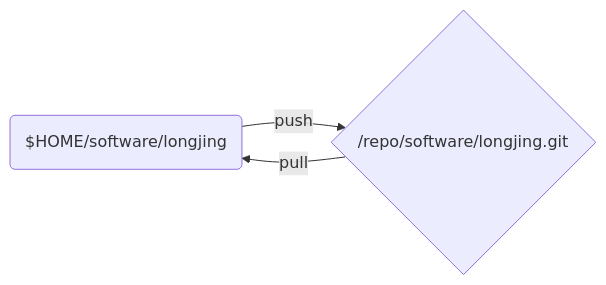
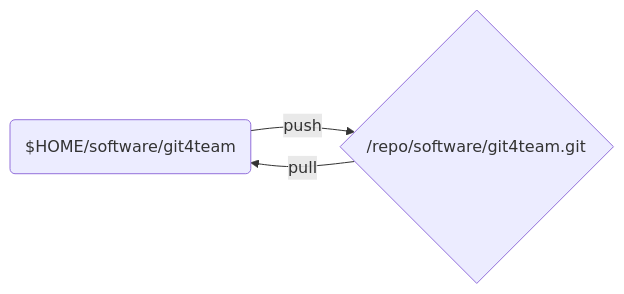
Before and after one commit to vortune/vortune.github.io: the diagram in tips/git_tips/small_collaboration_with_git.md, drawn with Mermaid. The commit also changed other lines of this file, not shown here.

Commit message:
initializing git4team

````diff
--- a/tips/git_tips/small_collaboration_with_git.md
+++ b/tips/git_tips/small_collaboration_with_git.md
@@ -24,5 +24,5 @@
 ```mermaid
 graph LR
-Li_work($HOME/software/longjing)--> |push|Li_bare{/repo/software/longjing.git}
-Li_bare{/repo/software/longjing.git}-->|pull|Li_work($HOME/software/longjing)
+Li_work($HOME/software/git4team)--> |push|Li_bare{/repo/software/git4team.git}
+Li_bare{/repo/software/git4team.git}-->|pull|Li_work($HOME/software/git4team)
 ```
````
